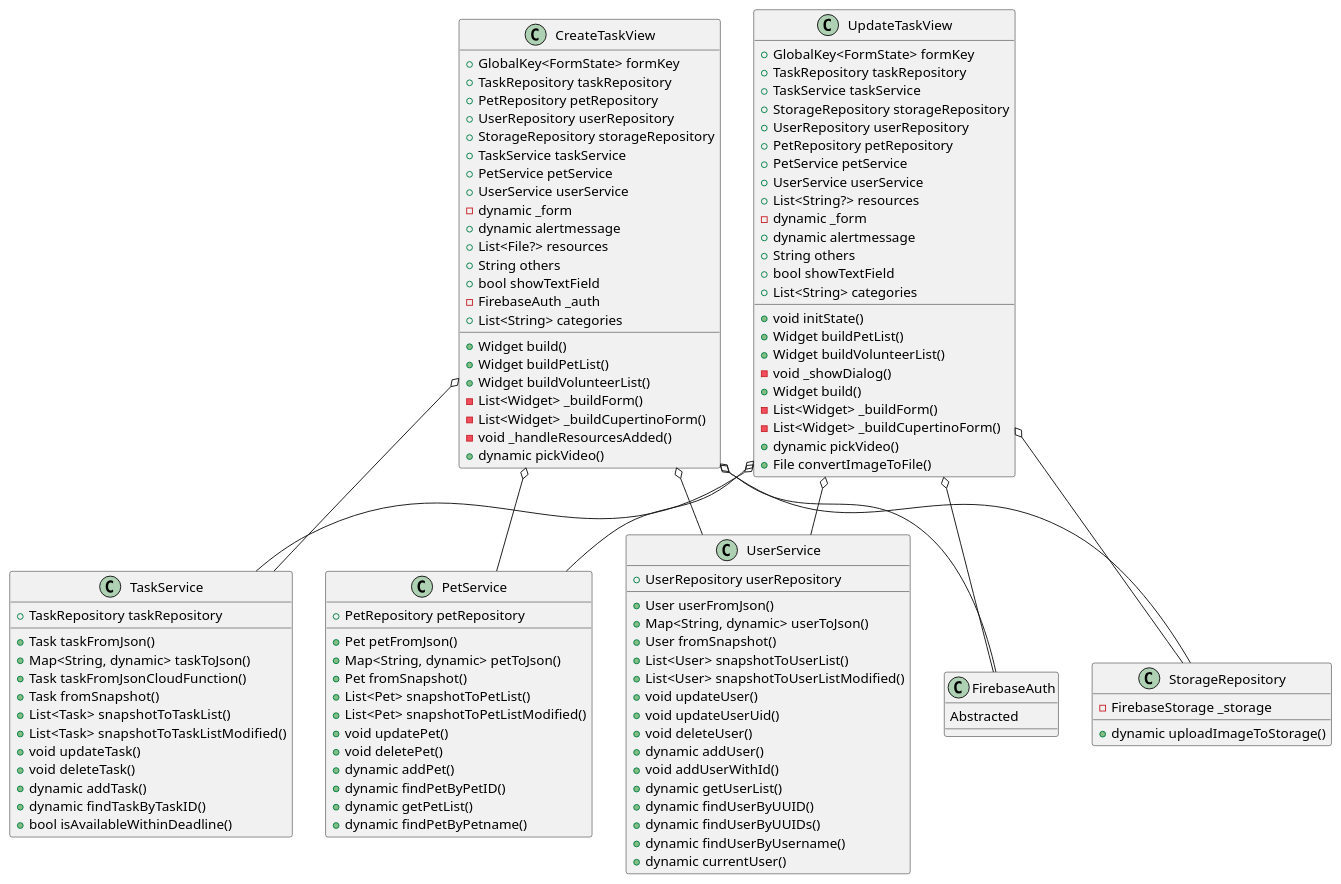
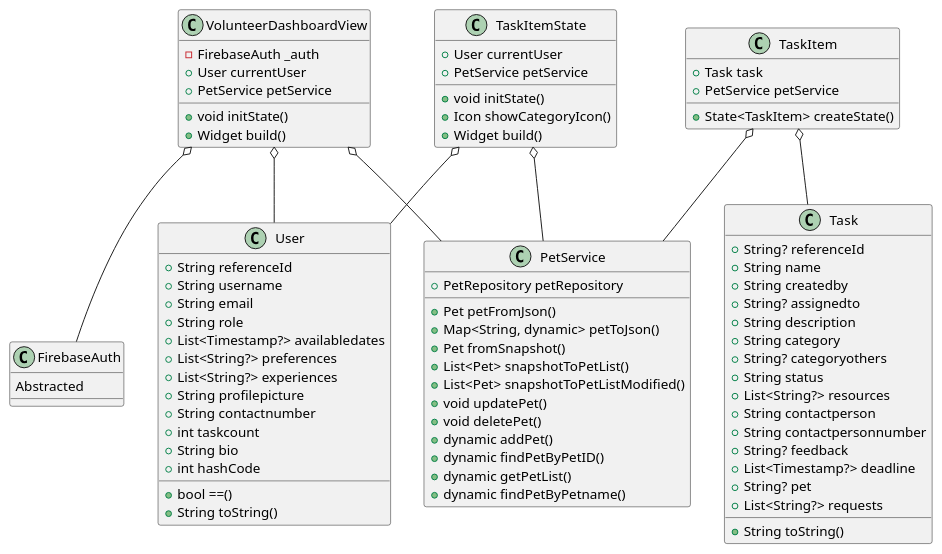
One commit to ryanongwx/pawfection changed the diagram in TaskDiagram.puml. Above: the diagram before and after it, drawn with PlantUML. The commit also changed 11 other files, not shown here.

```diff
--- a/TaskDiagram.puml
+++ b/TaskDiagram.puml
@@ -1,122 +1,89 @@
 @startuml
-class "CreateTaskView" {
-  +GlobalKey<FormState> formKey
-  +TaskRepository taskRepository
-  +PetRepository petRepository
-  +UserRepository userRepository
-  +StorageRepository storageRepository
-  +TaskService taskService
+class "VolunteerDashboardView" {
+  -FirebaseAuth _auth
+  +User currentUser
   +PetService petService
-  +UserService userService
-  -dynamic _form
-  +dynamic alertmessage
-  +List<File?> resources
-  +String others
-  +bool showTextField
-  -FirebaseAuth _auth
-  +List<String> categories
+  +void initState()
   +Widget build()
-  +Widget buildPetList()
-  +Widget buildVolunteerList()
-  -List<Widget> _buildForm()
-  -List<Widget> _buildCupertinoForm()
-  -void _handleResourcesAdded()
-  +dynamic pickVideo()
 }
 
-"CreateTaskView" o-- "StorageRepository"
-"CreateTaskView" o-- "TaskService"
-"CreateTaskView" o-- "PetService"
-"CreateTaskView" o-- "UserService"
-"CreateTaskView" o-- "FirebaseAuth"
+"VolunteerDashboardView" o-- "FirebaseAuth"
+"VolunteerDashboardView" o-- "User"
+"VolunteerDashboardView" o-- "PetService"
 
-class "UpdateTaskView" {
-  +GlobalKey<FormState> formKey
-  +TaskRepository taskRepository
-  +TaskService taskService
-  +StorageRepository storageRepository
-  +UserRepository userRepository
-  +PetRepository petRepository
+class "TaskItem" {
+  +Task task
   +PetService petService
-  +UserService userService
-  +List<String?> resources
-  -dynamic _form
-  +dynamic alertmessage
-  +String others
-  +bool showTextField
-  +List<String> categories
-  +void initState()
-  +Widget buildPetList()
-  +Widget buildVolunteerList()
-  -void _showDialog()
-  +Widget build()
-  -List<Widget> _buildForm()
-  -List<Widget> _buildCupertinoForm()
-  +dynamic pickVideo()
-  +File convertImageToFile()
+  +State<TaskItem> createState()
 }
 
-"UpdateTaskView" o-- "StorageRepository"
-"UpdateTaskView" o-- "TaskService"
-"UpdateTaskView" o-- "PetService"
-"UpdateTaskView" o-- "UserService"
-"UpdateTaskView" o-- "FirebaseAuth"
+"TaskItem" o-- "Task"
+"TaskItem" o-- "PetService"
+
+class "TaskItemState" {
+  +User currentUser
+  +PetService petService
+  +void initState()
+  +Icon showCategoryIcon()
+  +Widget build()
+}
+
+"TaskItemState" o-- "User"
+"TaskItemState" o-- "PetService"
 
 class "FirebaseAuth" {
   Abstracted
 }
 
-class "StorageRepository" {
-  -FirebaseStorage _storage
-  +dynamic uploadImageToStorage()
+class "User" {
+  +String referenceId
+  +String username
+  +String email
+  +String role
+  +List<Timestamp?> availabledates
+  +List<String?> preferences
+  +List<String?> experiences
+  +String profilepicture
+  +String contactnumber
+  +int taskcount
+  +String bio
+  +int hashCode
+  +bool ==()
+  +String toString()
 }
 
-class "UserService" {
-  +UserRepository userRepository
-  +User userFromJson()
-  +Map<String, dynamic> userToJson()
-  +User fromSnapshot()
-  +List<User> snapshotToUserList()
-  +List<User> snapshotToUserListModified()
-  +void updateUser()
-  +void updateUserUid()
-  +void deleteUser()
-  +dynamic addUser()
-  +void addUserWithId()
-  +dynamic getUserList()
-  +dynamic findUserByUUID()
-  +dynamic findUserByUUIDs()
-  +dynamic findUserByUsername()
-  +dynamic currentUser()
-}
-
-class "TaskService" {
-  +TaskRepository taskRepository
-  +Task taskFromJson()
-  +Map<String, dynamic> taskToJson()
-  +Task taskFromJsonCloudFunction()
-  +Task fromSnapshot()
-  +List<Task> snapshotToTaskList()
-  +List<Task> snapshotToTaskListModified()
-  +void updateTask()
-  +void deleteTask()
-  +dynamic addTask()
-  +dynamic findTaskByTaskID()
-  +bool isAvailableWithinDeadline()
+class "Task" {
+  +String? referenceId
+  +String name
+  +String createdby
+  +String? assignedto
+  +String description
+  +String category
+  +String? categoryothers
+  +String status
+  +List<String?> resources
+  +String contactperson
+  +String contactpersonnumber
+  +String? feedback
+  +List<Timestamp?> deadline
+  +String? pet
+  +List<String?> requests
+  +String toString()
 }
 
 class "PetService" {
   +PetRepository petRepository
   +Pet petFromJson()
   +Map<String, dynamic> petToJson()
   +Pet fromSnapshot()
   +List<Pet> snapshotToPetList()
   +List<Pet> snapshotToPetListModified()
   +void updatePet()
   +void deletePet()
   +dynamic addPet()
   +dynamic findPetByPetID()
   +dynamic getPetList()
   +dynamic findPetByPetname()
 }
+
 @enduml
```
